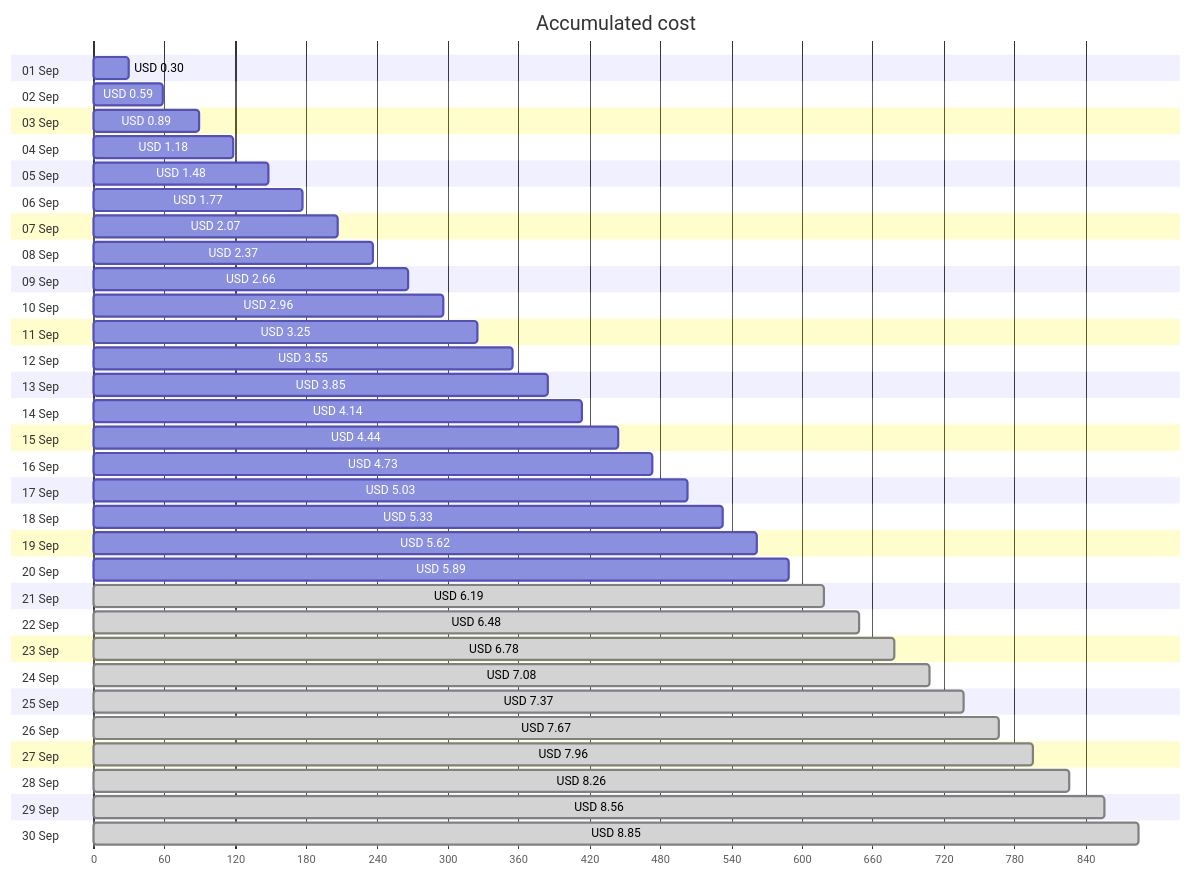
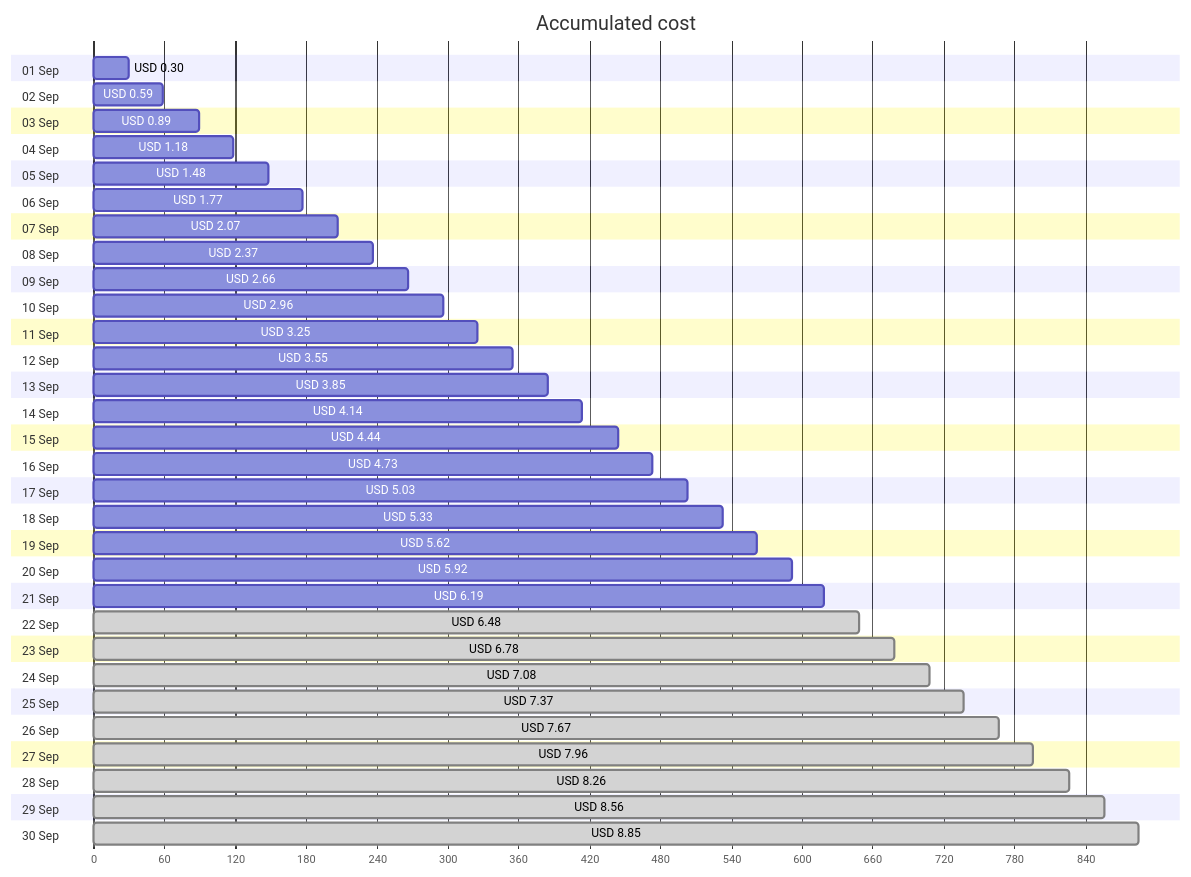
Before and after one commit to jpfulton/azure-personal-reports: the first of 4 diagrams in cost-reports/personal-site/personal-site-preview.md, drawn with Mermaid. The commit also changed other lines of this file and 7 other files, not shown here.

````diff
--- a/cost-reports/personal-site/personal-site-preview.md
+++ b/cost-reports/personal-site/personal-site-preview.md
@@ -20,66 +20,66 @@
 ```mermaid
 gantt
    title Accumulated cost
    dateFormat  X
    axisFormat %s
    section 01 Sep
    USD 0.30 :0, 30
    section 02 Sep
    USD 0.59 :0, 59
    section 03 Sep
    USD 0.89 :0, 89
    section 04 Sep
    USD 1.18 :0, 118
    section 05 Sep
    USD 1.48 :0, 148
    section 06 Sep
    USD 1.77 :0, 177
    section 07 Sep
    USD 2.07 :0, 207
    section 08 Sep
    USD 2.37 :0, 237
    section 09 Sep
    USD 2.66 :0, 266
    section 10 Sep
    USD 2.96 :0, 296
    section 11 Sep
    USD 3.25 :0, 325
    section 12 Sep
    USD 3.55 :0, 355
    section 13 Sep
    USD 3.85 :0, 385
    section 14 Sep
    USD 4.14 :0, 414
    section 15 Sep
    USD 4.44 :0, 444
    section 16 Sep
    USD 4.73 :0, 473
    section 17 Sep
    USD 5.03 :0, 503
    section 18 Sep
    USD 5.33 :0, 533
    section 19 Sep
    USD 5.62 :0, 562
    section 20 Sep
-   USD 5.89 :0, 589
+   USD 5.92 :0, 592
    section 21 Sep
-   USD 6.19 : done, 0, 619
+   USD 6.19 :0, 619
    section 22 Sep
    USD 6.48 : done, 0, 648
    section 23 Sep
    USD 6.78 : done, 0, 678
    section 24 Sep
    USD 7.08 : done, 0, 708
    section 25 Sep
    USD 7.37 : done, 0, 737
    section 26 Sep
    USD 7.67 : done, 0, 767
    section 27 Sep
    USD 7.96 : done, 0, 796
    section 28 Sep
    USD 8.26 : done, 0, 826
    section 29 Sep
    USD 8.56 : done, 0, 856
    section 30 Sep
    USD 8.85 : done, 0, 885
 ```
````
